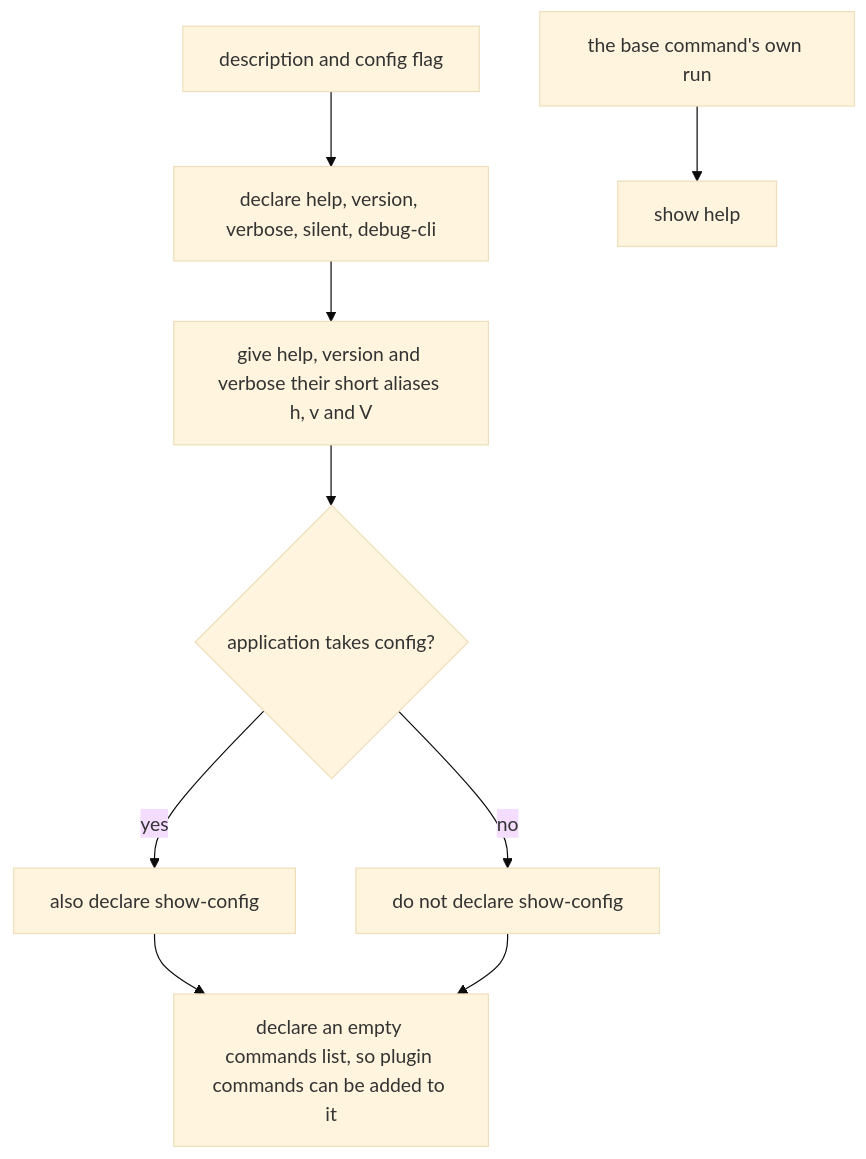
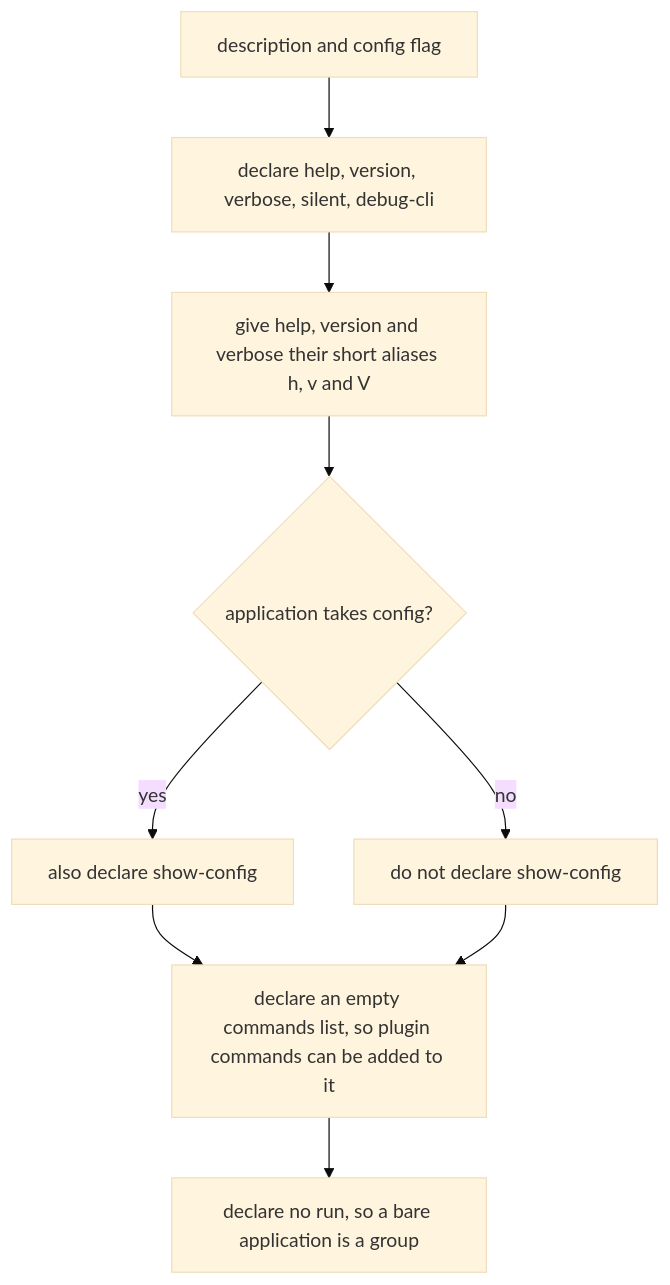
The first of 4 diagrams in packages/clibuilder/.agents/spec/builtin-commands/README.md (clibuilder/clibuilder), drawn with Mermaid (base theme) before and after one commit. The commit also changed other lines of this file and 11 other files, not shown here.

First line of the commit message:
fix: exit with the usage code when a command group is invoked bare (#612)

````diff
--- a/packages/clibuilder/.agents/spec/builtin-commands/README.md
+++ b/packages/clibuilder/.agents/spec/builtin-commands/README.md
@@ -164,11 +165,11 @@
 ```mermaid
 graph TD
   B[description and config flag] --> G[declare help, version, verbose, silent, debug-cli]
   G --> AL["give help, version and verbose their short aliases h, v and V"]
   AL --> CF{application takes config?}
   CF -- yes --> SC[also declare show-config]
   CF -- no --> NS[do not declare show-config]
   SC --> EC[declare an empty commands list, so plugin commands can be added to it]
   NS --> EC
-  R["the base command's own run"] --> H[show help]
+  EC --> NR[declare no run, so a bare application is a group]
 ```
````
